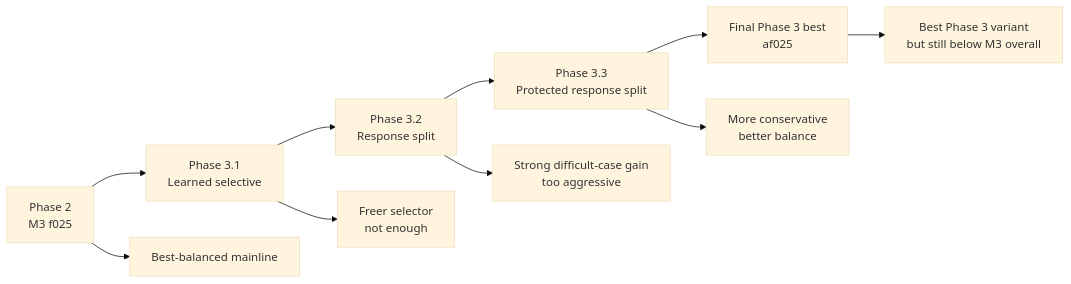
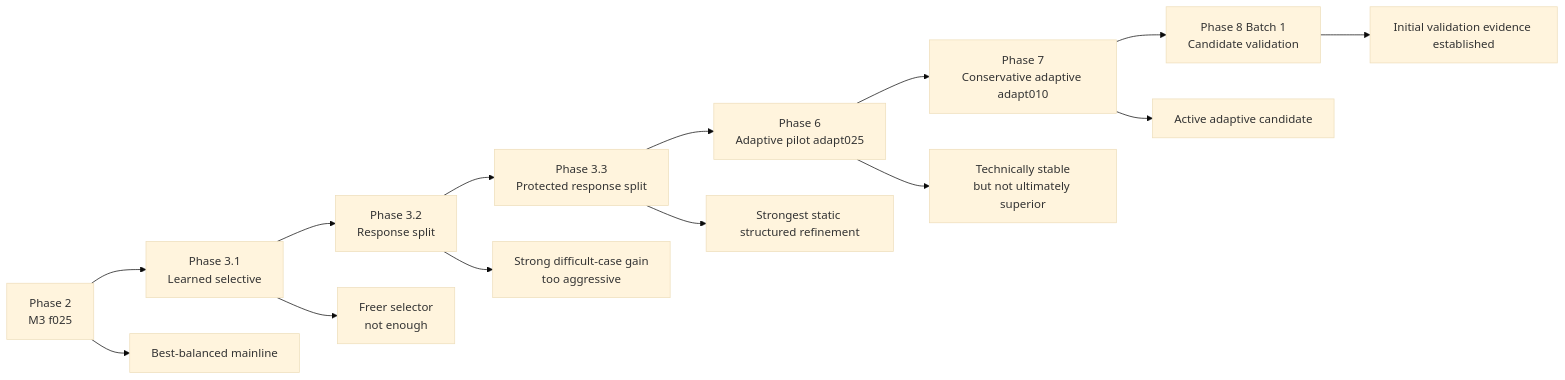
One commit to HolyLin990604/physics-guided-urban-flood-prediction changed the second of 3 diagrams in README.md. Above: the diagram before and after it, drawn with Mermaid (base theme). The commit also changed other lines of this file, not shown here.

Commit message:
docs: update README visuals for phase8 progress

````diff
--- a/README.md
+++ b/README.md
@@ -28,13 +28,17 @@
 ```mermaid
 flowchart LR
     A[Phase 2<br/>M3 f025] --> B[Phase 3.1<br/>Learned selective]
     B --> C[Phase 3.2<br/>Response split]
     C --> D[Phase 3.3<br/>Protected response split]
-    D --> E[Final Phase 3 best<br/>af025]
+    D --> E[Phase 6<br/>Adaptive pilot adapt025]
+    E --> F[Phase 7<br/>Conservative adaptive adapt010]
+    F --> G[Phase 8 Batch 1<br/>Candidate validation]
 
     A --> A1[Best-balanced mainline]
     B --> B1[Freer selector<br/>not enough]
     C --> C1[Strong difficult-case gain<br/>too aggressive]
-    D --> D1[More conservative<br/>better balance]
-    E --> E1[Best Phase 3 variant<br/>but still below M3 overall]
+    D --> D1[Strongest static structured refinement]
+    E --> E1[Technically stable<br/>but not ultimately superior]
+    F --> F1[Active adaptive candidate]
+    G --> G1[Initial validation evidence established]
 ```
````
